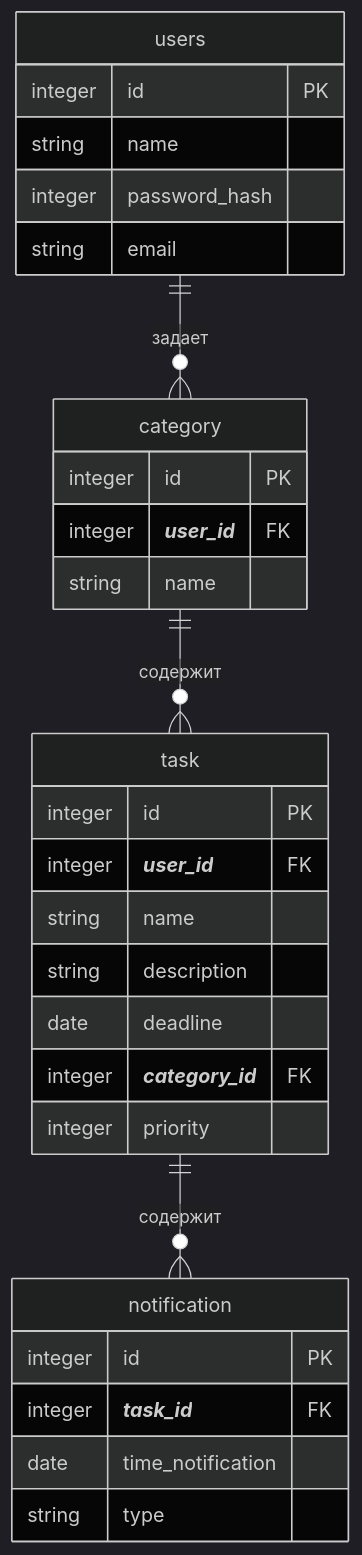
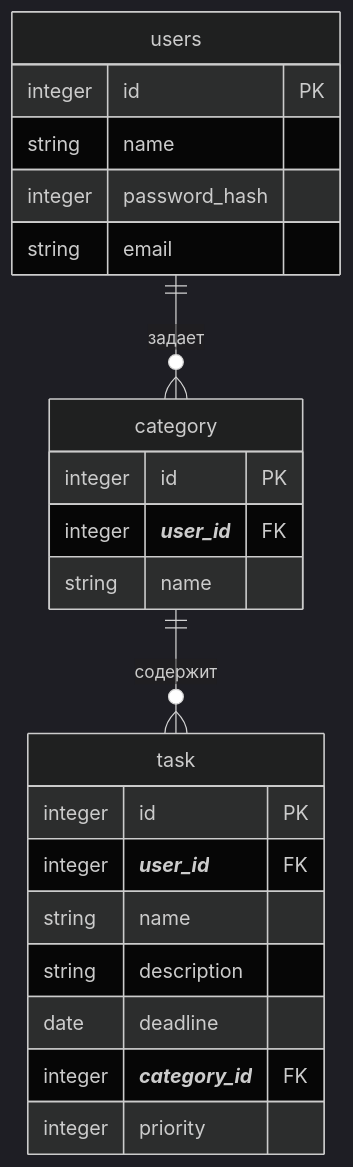
The diagram in db/er-diagram.md (hse-perm-sandbox/study-track-docs), drawn with Mermaid (dark theme) before and after one commit. The commit also changed 1 other file, not shown here.

Commit message:
Исправил er

````diff
--- a/db/er-diagram.md
+++ b/db/er-diagram.md
@@ -3,38 +3,28 @@
 ```mermaid
 erDiagram
     users {
         integer id PK
         string name
         integer password_hash
         string email
     }
 
     category {
         integer id PK
         integer ***user_id*** FK
         string name
     }
 
     task {
         integer id PK
         integer ***user_id*** FK
         string name
         string description
         date deadline
         integer ***category_id*** FK
         integer priority
     }
 
-    notification {
-        integer id PK
-        integer ***task_id*** FK
-        date time_notification
-        string type
-    }
-
-
     users ||--o{ category : "задает"
     category ||--o{ task : "содержит"
-    task ||--o{ notification : "содержит"
-    
 ```
````
